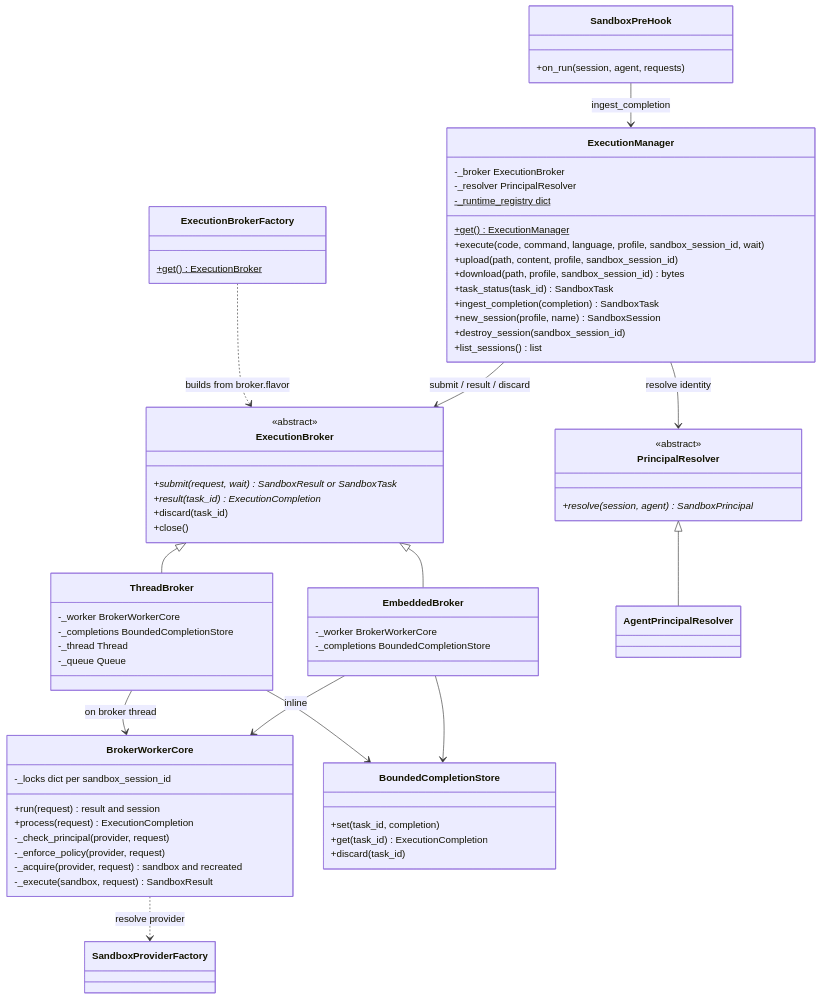
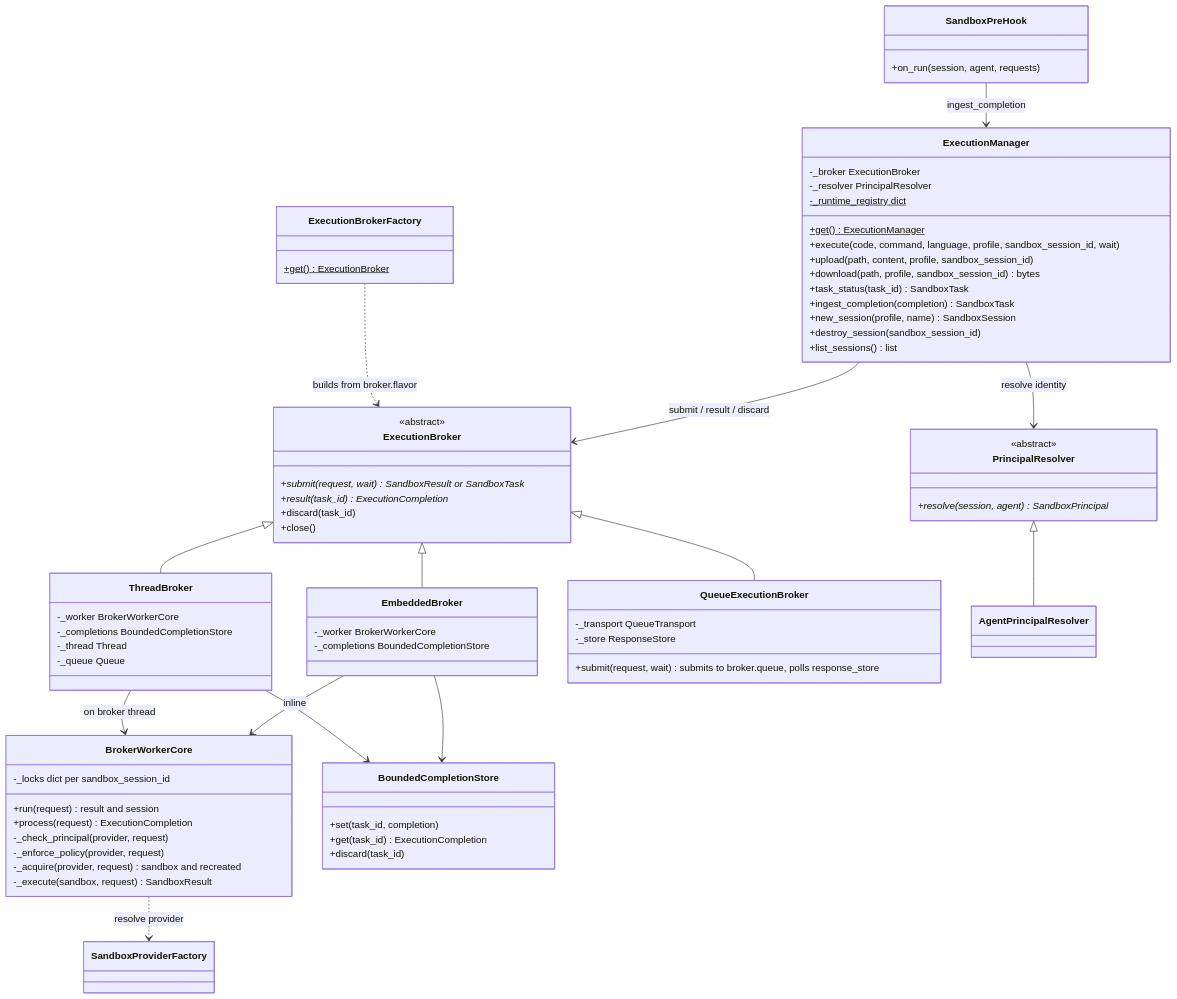
Before and after one commit to yaalalabs/agent-kernel: the third of 9 diagrams in docs/docs/architecture/sandbox-internals.md, drawn with Mermaid. The commit also changed other lines of this file, not shown here.

````diff
--- a/docs/docs/architecture/sandbox-internals.md
+++ b/docs/docs/architecture/sandbox-internals.md
@@ -168,73 +179,79 @@
 ```mermaid
 classDiagram
     direction TB
     class ExecutionManager {
         -_broker ExecutionBroker
         -_resolver PrincipalResolver
         -_runtime_registry dict$
         +get()$ ExecutionManager
         +execute(code, command, language, profile, sandbox_session_id, wait)
         +upload(path, content, profile, sandbox_session_id)
         +download(path, profile, sandbox_session_id) bytes
         +task_status(task_id) SandboxTask
         +ingest_completion(completion) SandboxTask
         +new_session(profile, name) SandboxSession
         +destroy_session(sandbox_session_id)
         +list_sessions() list
     }
     class ExecutionBroker {
         <<abstract>>
         +submit(request, wait)* SandboxResult or SandboxTask
         +result(task_id)* ExecutionCompletion
         +discard(task_id)
         +close()
     }
     class EmbeddedBroker {
         -_worker BrokerWorkerCore
         -_completions BoundedCompletionStore
     }
     class ThreadBroker {
         -_worker BrokerWorkerCore
         -_completions BoundedCompletionStore
         -_thread Thread
         -_queue Queue
     }
+    class QueueExecutionBroker {
+        -_transport QueueTransport
+        -_store ResponseStore
+        +submit(request, wait) submits to broker.queue, polls response_store
+    }
     class BrokerWorkerCore {
         -_locks dict per sandbox_session_id
         +run(request) result and session
         +process(request) ExecutionCompletion
         -_check_principal(provider, request)
         -_enforce_policy(provider, request)
         -_acquire(provider, request) sandbox and recreated
         -_execute(sandbox, request) SandboxResult
     }
     class BoundedCompletionStore {
         +set(task_id, completion)
         +get(task_id) ExecutionCompletion
         +discard(task_id)
     }
     class PrincipalResolver {
         <<abstract>>
         +resolve(session, agent)* SandboxPrincipal
     }
     class AgentPrincipalResolver
     class SandboxPreHook {
         +on_run(session, agent, requests)
     }
     class ExecutionBrokerFactory {
         +get()$ ExecutionBroker
     }
 
     ExecutionBroker <|-- EmbeddedBroker
     ExecutionBroker <|-- ThreadBroker
+    ExecutionBroker <|-- QueueExecutionBroker
     PrincipalResolver <|-- AgentPrincipalResolver
     ExecutionManager --> ExecutionBroker : submit / result / discard
     ExecutionManager --> PrincipalResolver : resolve identity
     ExecutionBrokerFactory ..> ExecutionBroker : builds from broker.flavor
     EmbeddedBroker --> BrokerWorkerCore : inline
     ThreadBroker --> BrokerWorkerCore : on broker thread
     EmbeddedBroker --> BoundedCompletionStore
     ThreadBroker --> BoundedCompletionStore
     SandboxPreHook --> ExecutionManager : ingest_completion
     BrokerWorkerCore ..> SandboxProviderFactory : resolve provider
 ```
````
